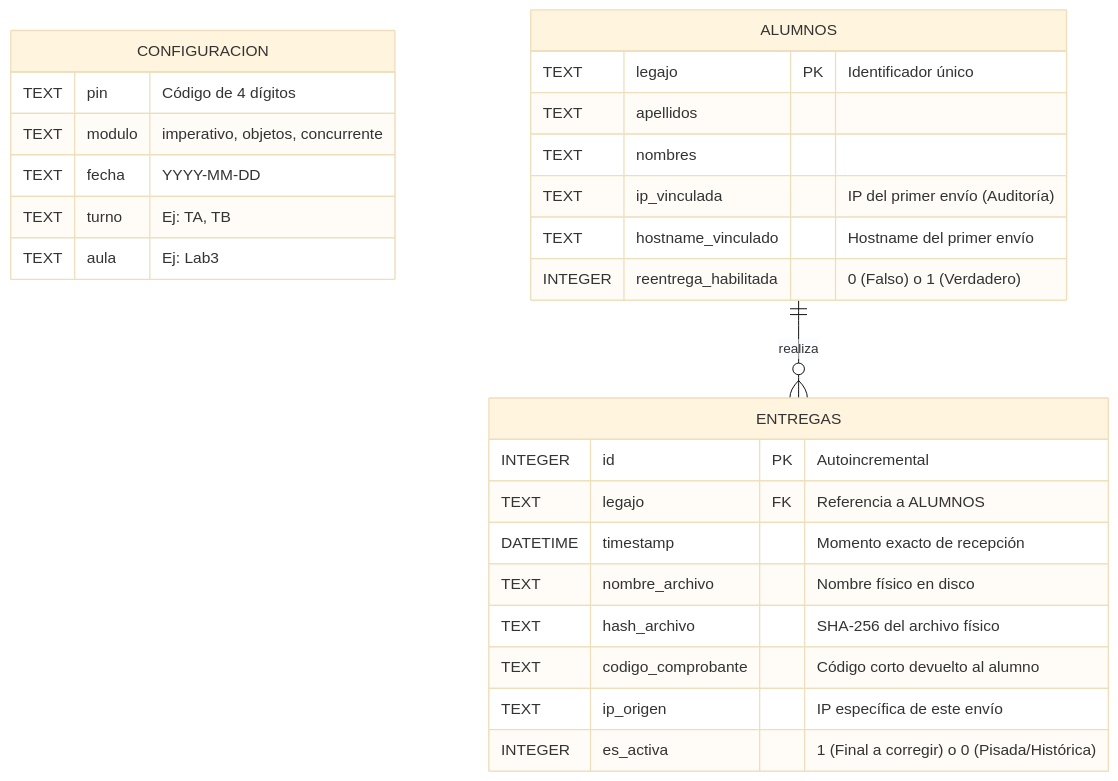
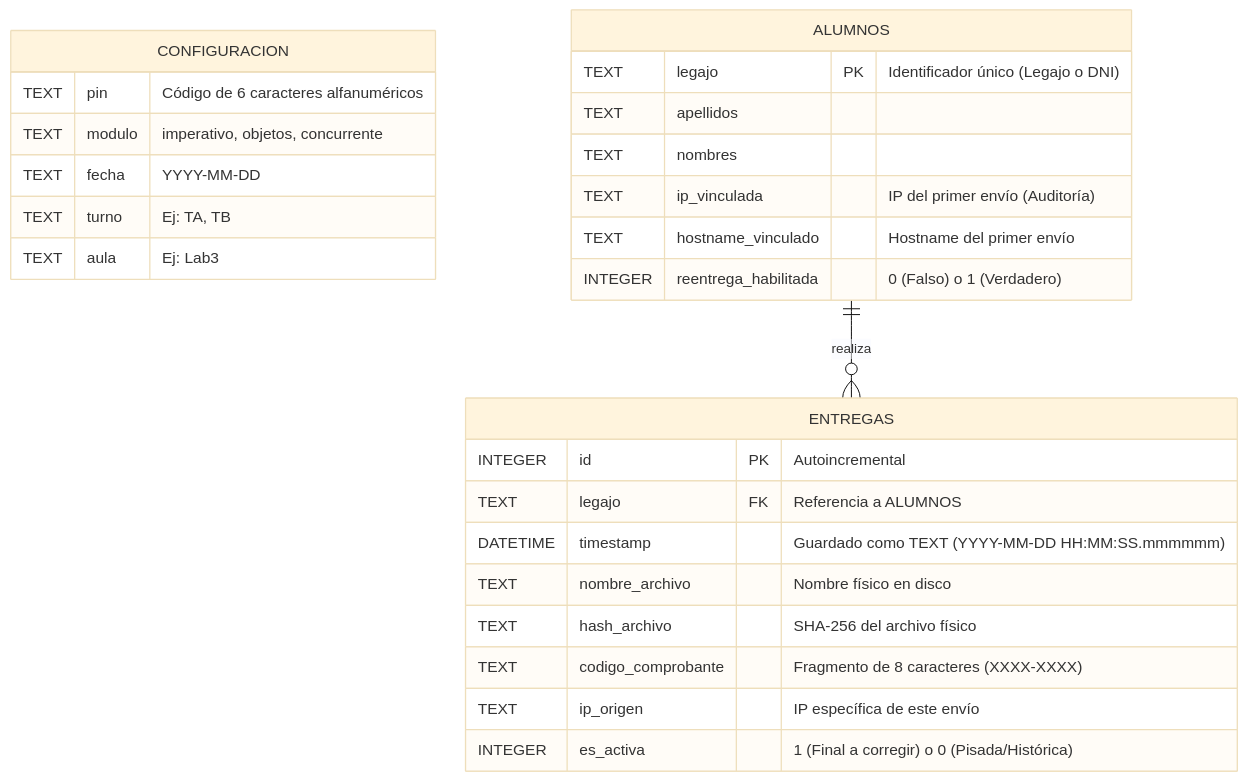
Before and after one commit to Erasmo-tries-to-dev/SEEP: the diagram in docs/modelo_de_datos.md, drawn with Mermaid (base theme). The commit also changed other lines of this file, not shown here.

````diff
--- a/docs/modelo_de_datos.md
+++ b/docs/modelo_de_datos.md
@@ -11,32 +13,32 @@
 ```mermaid
 erDiagram
     CONFIGURACION {
-        TEXT pin "Código de 4 dígitos"
+        TEXT pin "Código de 6 caracteres alfanuméricos"
         TEXT modulo "imperativo, objetos, concurrente"
         TEXT fecha "YYYY-MM-DD"
         TEXT turno "Ej: TA, TB"
         TEXT aula "Ej: Lab3"
     }
 
     ALUMNOS {
-        TEXT legajo PK "Identificador único"
+        TEXT legajo PK "Identificador único (Legajo o DNI)"
         TEXT apellidos
         TEXT nombres
         TEXT ip_vinculada "IP del primer envío (Auditoría)"
         TEXT hostname_vinculado "Hostname del primer envío"
         INTEGER reentrega_habilitada "0 (Falso) o 1 (Verdadero)"
     }
 
     ENTREGAS {
         INTEGER id PK "Autoincremental"
         TEXT legajo FK "Referencia a ALUMNOS"
-        DATETIME timestamp "Momento exacto de recepción"
+        DATETIME timestamp "Guardado como TEXT (YYYY-MM-DD HH:MM:SS.mmmmmm)"
         TEXT nombre_archivo "Nombre físico en disco"
         TEXT hash_archivo "SHA-256 del archivo físico"
-        TEXT codigo_comprobante "Código corto devuelto al alumno"
+        TEXT codigo_comprobante "Fragmento de 8 caracteres (XXXX-XXXX)"
         TEXT ip_origen "IP específica de este envío"
         INTEGER es_activa "1 (Final a corregir) o 0 (Pisada/Histórica)"
     }
 
     ALUMNOS ||--o{ ENTREGAS : "realiza"
 ```
````
